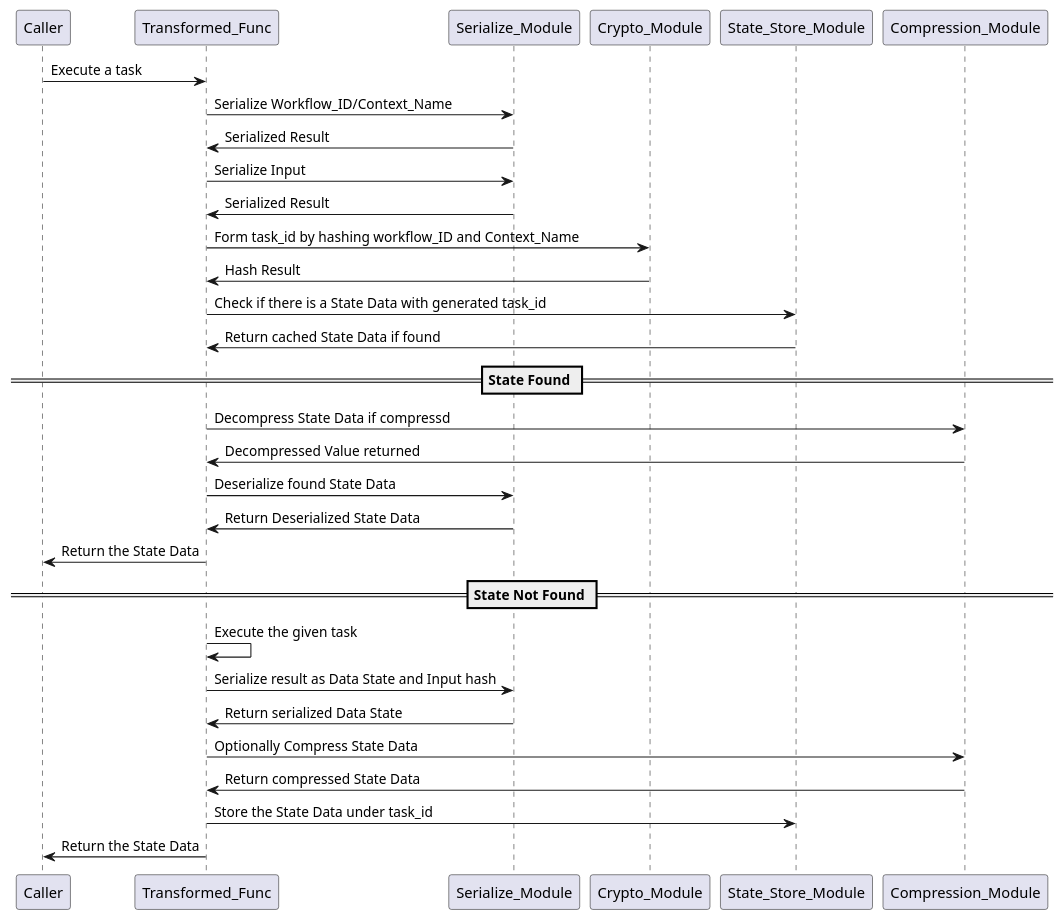
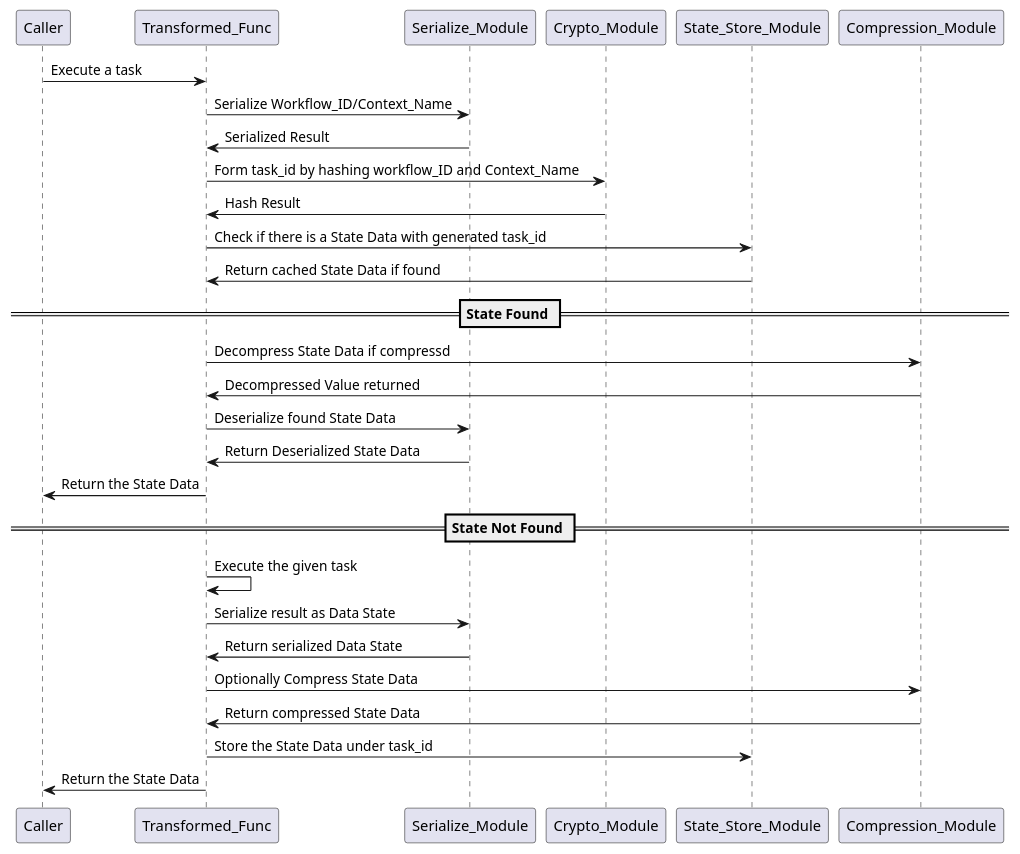
One commit to mojtaba-motevali/idempotent-transformer changed the diagram in packages/core/idempotent-transformer-executor.wsd. Above: the diagram before and after it, drawn with PlantUML. The commit also changed 16 other files, not shown here.

```diff
--- a/packages/core/idempotent-transformer-executor.wsd
+++ b/packages/core/idempotent-transformer-executor.wsd
@@ -1,46 +1,42 @@
 @startuml
 
 Caller -> Transformed_Func: Execute a task
 
 Transformed_Func -> Serialize_Module: Serialize Workflow_ID/Context_Name
 Serialize_Module -> Transformed_Func: Serialized Result
 
-Transformed_Func -> Serialize_Module: Serialize Input
-Serialize_Module -> Transformed_Func: Serialized Result
-
 
 Transformed_Func -> Crypto_Module: Form task_id by hashing workflow_ID and Context_Name
 Crypto_Module -> Transformed_Func: Hash Result
-
 
 
 Transformed_Func -> State_Store_Module: Check if there is a State Data with generated task_id 
 State_Store_Module -> Transformed_Func: Return cached State Data if found
 
 == State Found ==
 
 Transformed_Func -> Compression_Module: Decompress State Data if compressd
 Compression_Module -> Transformed_Func: Decompressed Value returned
 
 Transformed_Func -> Serialize_Module: Deserialize found State Data
 Serialize_Module -> Transformed_Func: Return Deserialized State Data
 Transformed_Func -> Caller: Return the State Data
 
 == State Not Found ==
 
 Transformed_Func -> Transformed_Func: Execute the given task
 
-Transformed_Func -> Serialize_Module: Serialize result as Data State and Input hash
+Transformed_Func -> Serialize_Module: Serialize result as Data State
 
 Serialize_Module -> Transformed_Func: Return serialized Data State
 
 Transformed_Func -> Compression_Module: Optionally Compress State Data 
 
 Compression_Module -> Transformed_Func: Return compressed State Data 
 
 Transformed_Func -> State_Store_Module: Store the State Data under task_id 
 
 Transformed_Func -> Caller: Return the State Data
 
 
 @enduml
```
